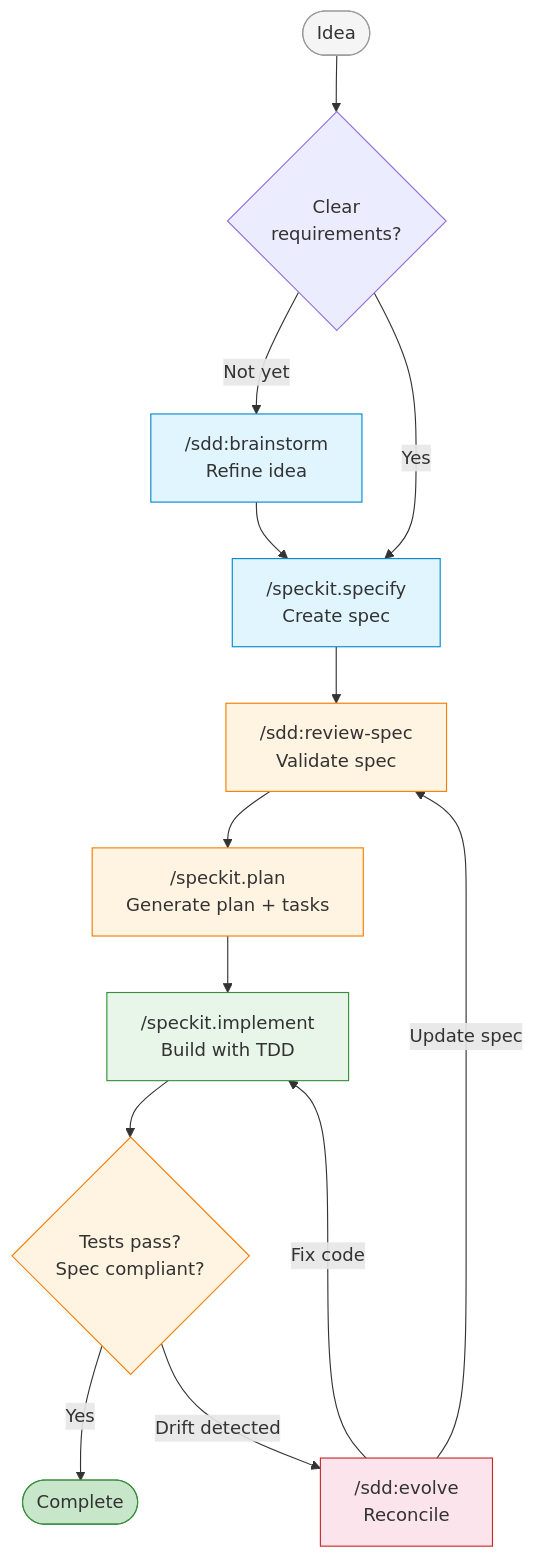
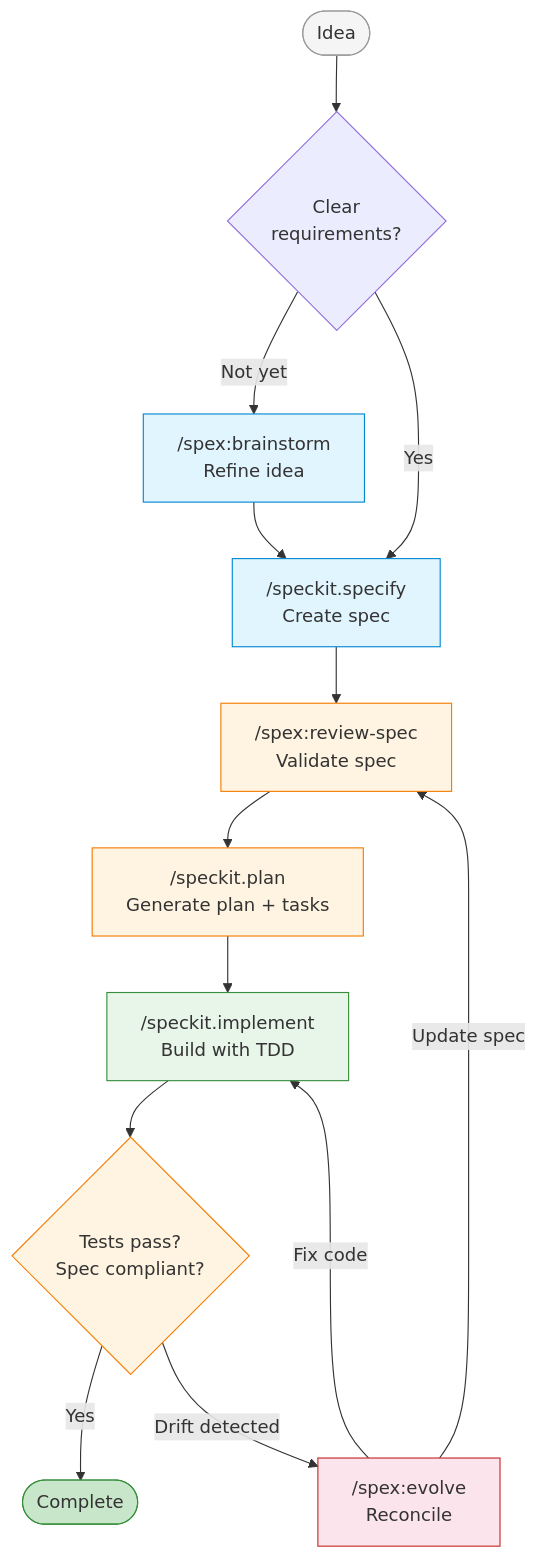
Before and after one commit to rhuss/cc-sdd: the diagram in README.md, drawn with Mermaid. The commit also changed other lines of this file and 12 other files, not shown here.

First line of the commit message:
Update repo-root documentation: sdd to spex (T057-T073)

````diff
--- a/README.md
+++ b/README.md
@@ -21,31 +21,31 @@
 ```mermaid
 flowchart TD
     Start([Idea]) --> HasClarity{Clear<br>requirements?}
 
-    HasClarity -->|Not yet| Brainstorm["/sdd:brainstorm<br>Refine idea"]
+    HasClarity -->|Not yet| Brainstorm["/spex:brainstorm<br>Refine idea"]
     HasClarity -->|Yes| Specify["/speckit.specify<br>Create spec"]
 
     Brainstorm --> Specify
 
-    Specify --> Review["/sdd:review-spec<br>Validate spec"]
+    Specify --> Review["/spex:review-spec<br>Validate spec"]
     Review --> Plan["/speckit.plan<br>Generate plan + tasks"]
     Plan --> Implement["/speckit.implement<br>Build with TDD"]
 
     Implement --> Verify{Tests pass?<br>Spec compliant?}
 
     Verify -->|Yes| Done([Complete])
-    Verify -->|Drift detected| Evolve["/sdd:evolve<br>Reconcile"]
+    Verify -->|Drift detected| Evolve["/spex:evolve<br>Reconcile"]
 
     Evolve -->|Update spec| Review
     Evolve -->|Fix code| Implement
 
     style Start fill:#f5f5f5,stroke:#999
     style Brainstorm fill:#e1f5ff,stroke:#0288d1
     style Specify fill:#e1f5ff,stroke:#0288d1
     style Review fill:#fff4e1,stroke:#f57c00
     style Plan fill:#fff4e1,stroke:#f57c00
     style Implement fill:#e8f5e9,stroke:#388e3c
     style Verify fill:#fff4e1,stroke:#f57c00
     style Evolve fill:#fce4ec,stroke:#c62828
     style Done fill:#c8e6c9,stroke:#388e3c
 ```
````
